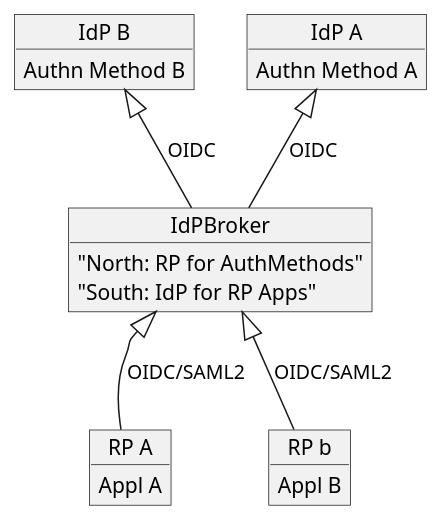
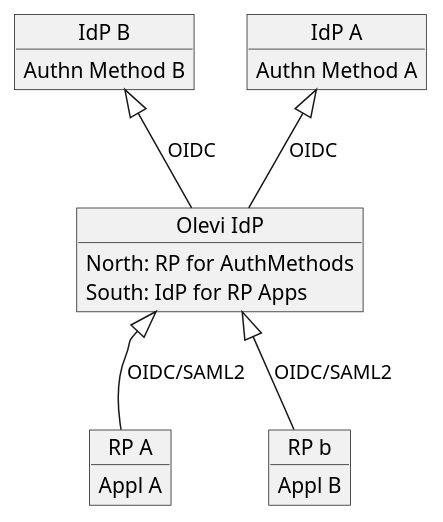
One commit to Olevi-id/ip-idp-documentation changed the diagram in src/uml/idp-brokering.wsd. Above: the diagram before and after it, drawn with PlantUML. The commit also changed 7 other files, not shown here.

Commit message:
Update names in diagrams

```diff
--- a/src/uml/idp-brokering.wsd
+++ b/src/uml/idp-brokering.wsd
@@ -1,20 +1,20 @@
 @startuml idp-brokering
 
 object "IdP A" as IdPA
     IdPA : Authn Method A
 object "IdP B" as IdPB
     IdPB : Authn Method B
-object IdPBroker
-    IdPBroker : "North: RP for AuthMethods"
-    IdPBroker : "South: IdP for RP Apps"
+object "Olevi IdP" as IdPBroker
+    IdPBroker : North: RP for AuthMethods
+    IdPBroker : South: IdP for RP Apps
 object "RP A" as RpA
     RpA : Appl A
 object "RP b" as RpB
     RpB : Appl B
 
 IdPBroker -u-|> IdPA : OIDC
 IdPBroker -u-|> IdPB : OIDC
 IdPBroker <|-d- RpA : OIDC/SAML2
 IdPBroker <|-d- RpB : OIDC/SAML2
 
 @enduml
```
